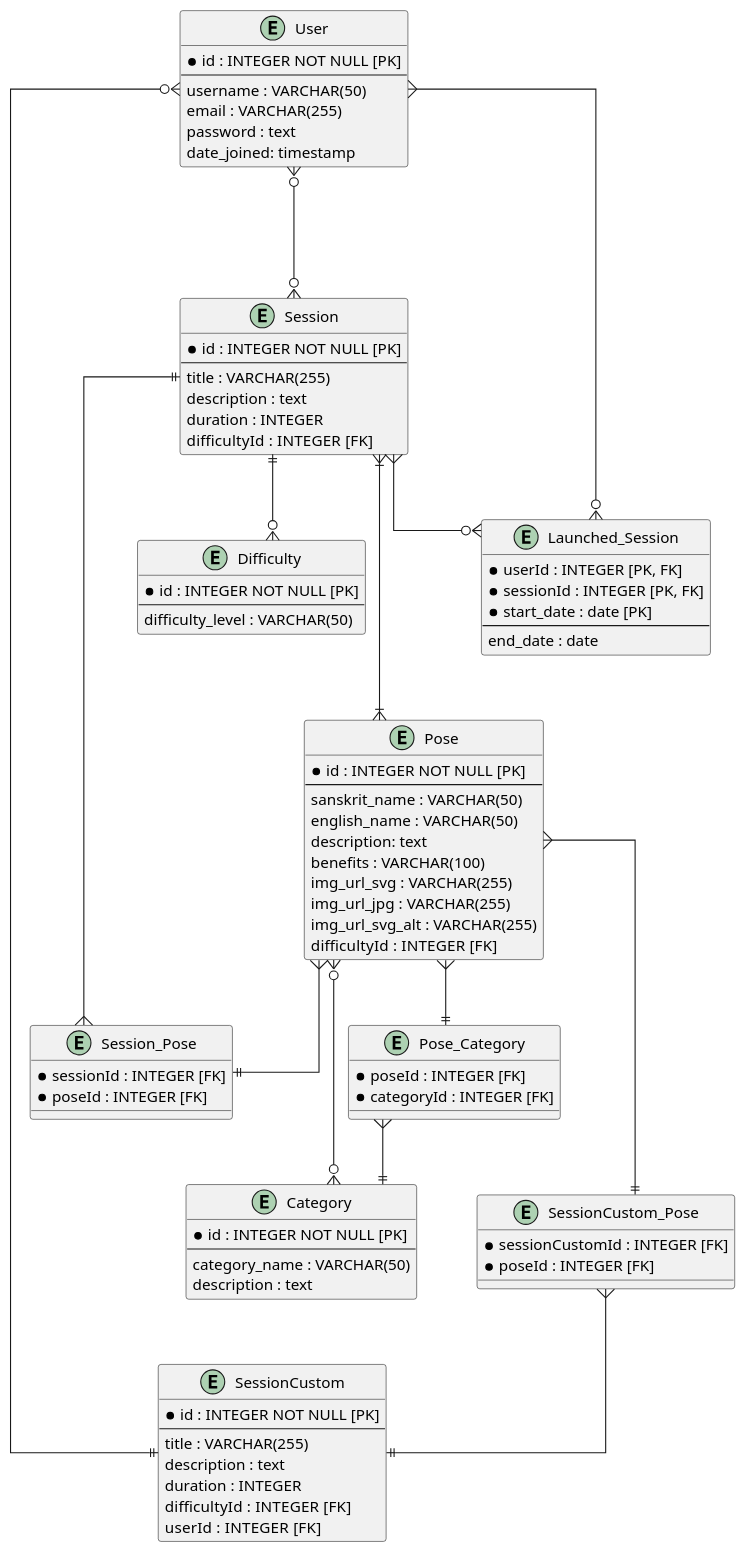
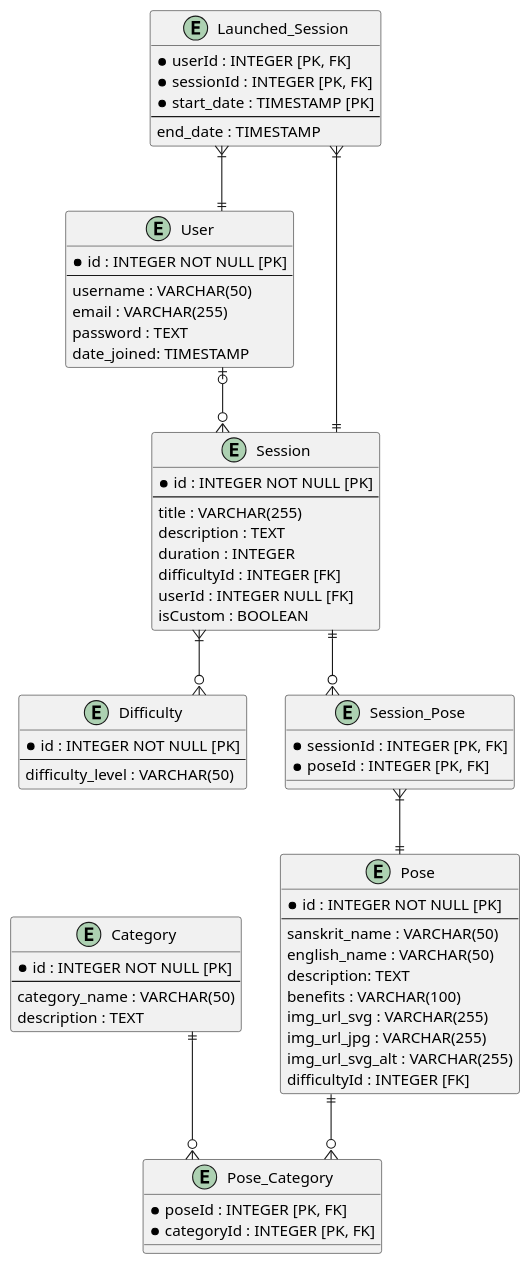
The diagram in docs/planUml.pu (AnhVaccari/yoga), drawn with PlantUML before and after one commit. The commit also changed 1 other file, not shown here.

```diff
--- a/docs/planUml.pu
+++ b/docs/planUml.pu
@@ -1,103 +1,96 @@
 @startuml
 ' hide the spot
 ' hide circle
 
 ' avoid problems with angled crows feet
 skinparam linetype ortho
 
 entity "User" as user {
   *id : INTEGER NOT NULL [PK]
   --
   username : VARCHAR(50)
   email : VARCHAR(255)
-  password : text
-  date_joined: timestamp
+  password : TEXT
+  date_joined: TIMESTAMP
 }
 
 entity "Pose" as pose {
   *id : INTEGER NOT NULL [PK]
   --
   sanskrit_name : VARCHAR(50)
   english_name : VARCHAR(50)
-  description: text
+  description: TEXT
   benefits : VARCHAR(100)
   img_url_svg : VARCHAR(255)
   img_url_jpg : VARCHAR(255)
   img_url_svg_alt : VARCHAR(255)
-  difficultyId : INTEGER  [FK]
+  difficultyId : INTEGER [FK]
 }
 
 entity "Category" as category {
   *id : INTEGER NOT NULL [PK]
   --
   category_name : VARCHAR(50)
-  description : text
+  description : TEXT
 }
 
 entity "Difficulty" as difficulty {
   *id : INTEGER NOT NULL [PK]
   --
   difficulty_level : VARCHAR(50)
 }
 
 entity "Session" as session {
   *id : INTEGER NOT NULL [PK]
   --
   title : VARCHAR(255)
-  description : text
+  description : TEXT
   duration : INTEGER
-  difficultyId : INTEGER  [FK]
+  difficultyId : INTEGER [FK]
+  userId : INTEGER NULL [FK]
+  isCustom : BOOLEAN
 }
 
-entity "SessionCustom" as sessionCustom {
-  *id : INTEGER NOT NULL [PK]
-  --
-  title : VARCHAR(255)
-  description : text
-  duration : INTEGER
-  difficultyId : INTEGER  [FK]
-  userId : INTEGER  [FK]
-}
-
-entity "Launched_Session" as launched_session {
+entity "Launched_Session" {
   *userId : INTEGER [PK, FK]
   *sessionId : INTEGER [PK, FK]
-  *start_date : date [PK]
+  *start_date : TIMESTAMP [PK]
   --
-  end_date : date
+  end_date : TIMESTAMP
 }
 
 entity "Pose_Category" {
-  *poseId : INTEGER [FK]
-  *categoryId : INTEGER [FK]
+  *poseId : INTEGER [PK, FK]
+  *categoryId : INTEGER [PK, FK]
 }
 
 entity "Session_Pose" {
-  *sessionId : INTEGER [FK]
-  *poseId : INTEGER [FK]
+  *sessionId : INTEGER [PK, FK]
+  *poseId : INTEGER [PK, FK]
 }
 
-entity "SessionCustom_Pose" {
-  *sessionCustomId : INTEGER [FK]
-  *poseId : INTEGER [FK]
-}
+'user' and 'session' relation
+user |o--o{ session
 
-user }o---o{ session
-user }o--|| sessionCustom 
-session }|---|{ pose 
-session ||--o{ difficulty 
-pose }o--o{ category 
+'session' and 'difficulty' relation
+session }|--o{ difficulty
 
-user }--o{ launched_session 
-session }--o{ launched_session 
+'user' and 'Launched_Session' relation
+Launched_Session }|--|| user
 
-pose }--|| Pose_Category 
-Pose_Category }--|| category
+'session' and 'Launched_Session' relation
+Launched_Session }|--|| session
 
-pose }--|| Session_Pose  
-Session_Pose }--|| session
+'pose' and 'Pose_Category' relation
+pose ||--o{ Pose_Category
 
-pose }---|| SessionCustom_Pose 
-SessionCustom_Pose }--|| sessionCustom
+'category' and 'Pose_Category' relation
+category ||--o{ Pose_Category
+
+'pose' and 'Session_Pose' relation
+session ||--o{ Session_Pose
+
+'session' and 'Session_Pose' relation
+Session_Pose }|--|| pose
 
 @enduml
```
